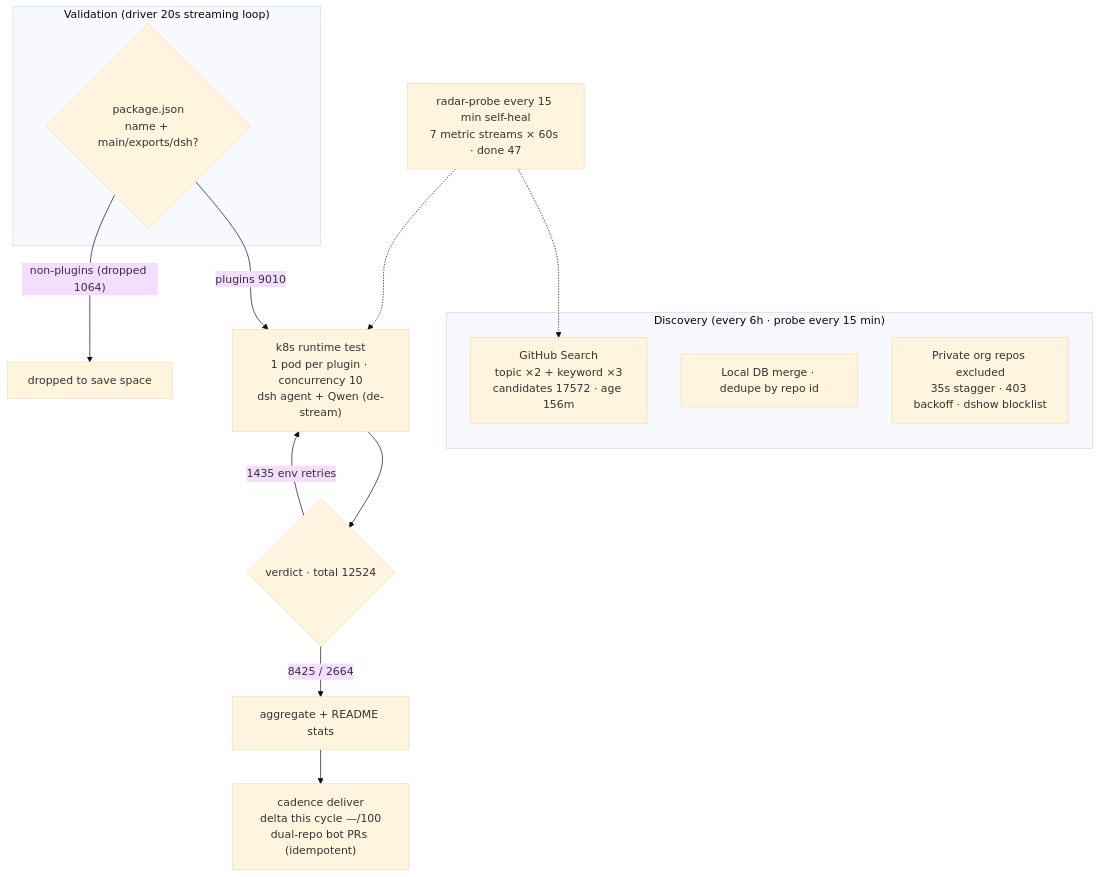
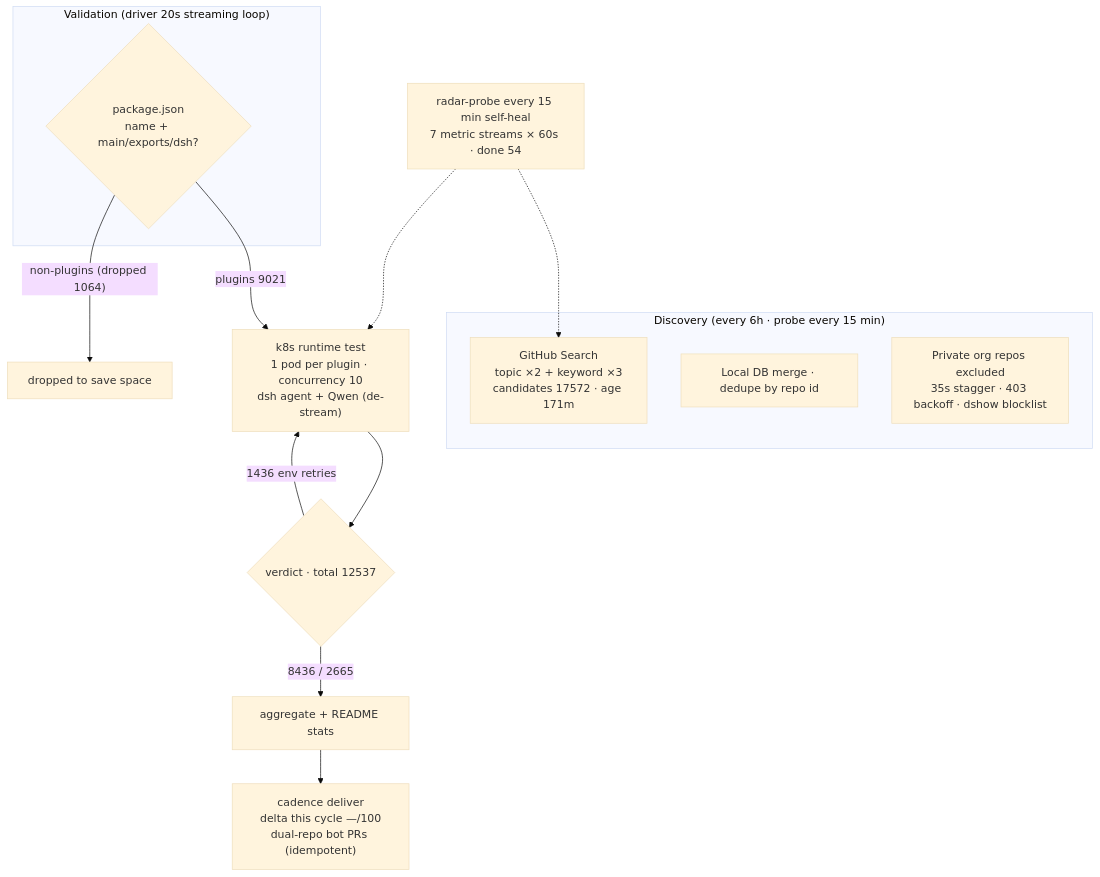
Before and after one commit to AdamPlatin123/awesome-dsh-plugins: the diagram in README.en-US.md, drawn with Mermaid (base theme). The commit also changed other lines of this file and 5 other files, not shown here.

````diff
--- a/README.en-US.md
+++ b/README.en-US.md
@@ -45,20 +45,20 @@
 ```mermaid
 flowchart TB
     subgraph Discovery["Discovery (every 6h · probe every 15 min)"]
-        A1["GitHub Search<br/>topic ×2 + keyword ×3<br/>candidates 17572 · age 156m"]
+        A1["GitHub Search<br/>topic ×2 + keyword ×3<br/>candidates 17572 · age 171m"]
         A2["Local DB merge · dedupe by repo id"]
         A3["Private org repos excluded<br/>35s stagger · 403 backoff · dshow blocklist"]
     end
     subgraph Validation["Validation (driver 20s streaming loop)"]
         B1{"package.json<br/>name + main/exports/dsh?"}
     end
-    B1 -->|"plugins 9010"| C1["k8s runtime test<br/>1 pod per plugin · concurrency 10<br/>dsh agent + Qwen (de-stream)"]
+    B1 -->|"plugins 9021"| C1["k8s runtime test<br/>1 pod per plugin · concurrency 10<br/>dsh agent + Qwen (de-stream)"]
     B1 -->|"non-plugins (dropped 1064)"| B3["dropped to save space"]
-    C1 --> D1{"verdict · total 12524"}
-    D1 -->|"8425 / 2664"| E1["aggregate + README stats"]
-    D1 -->|"1435 env retries"| C1
+    C1 --> D1{"verdict · total 12537"}
+    D1 -->|"8436 / 2665"| E1["aggregate + README stats"]
+    D1 -->|"1436 env retries"| C1
     E1 --> E2["cadence deliver<br/>delta this cycle —/100<br/>dual-repo bot PRs (idempotent)"]
-    M["radar-probe every 15 min self-heal<br/>7 metric streams × 60s · done 47"]
+    M["radar-probe every 15 min self-heal<br/>7 metric streams × 60s · done 54"]
     M -.-> A1
     M -.-> C1
 ```
````
